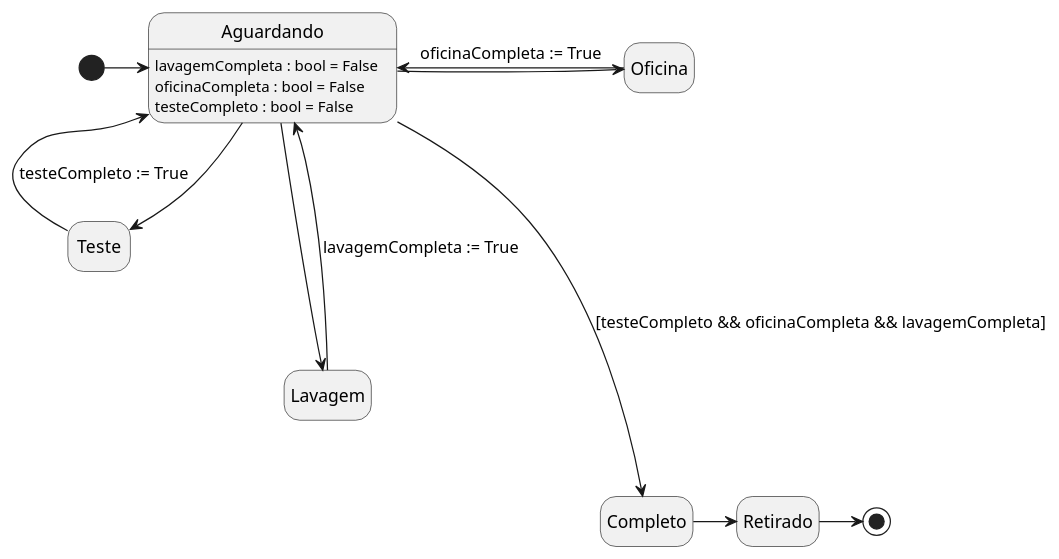
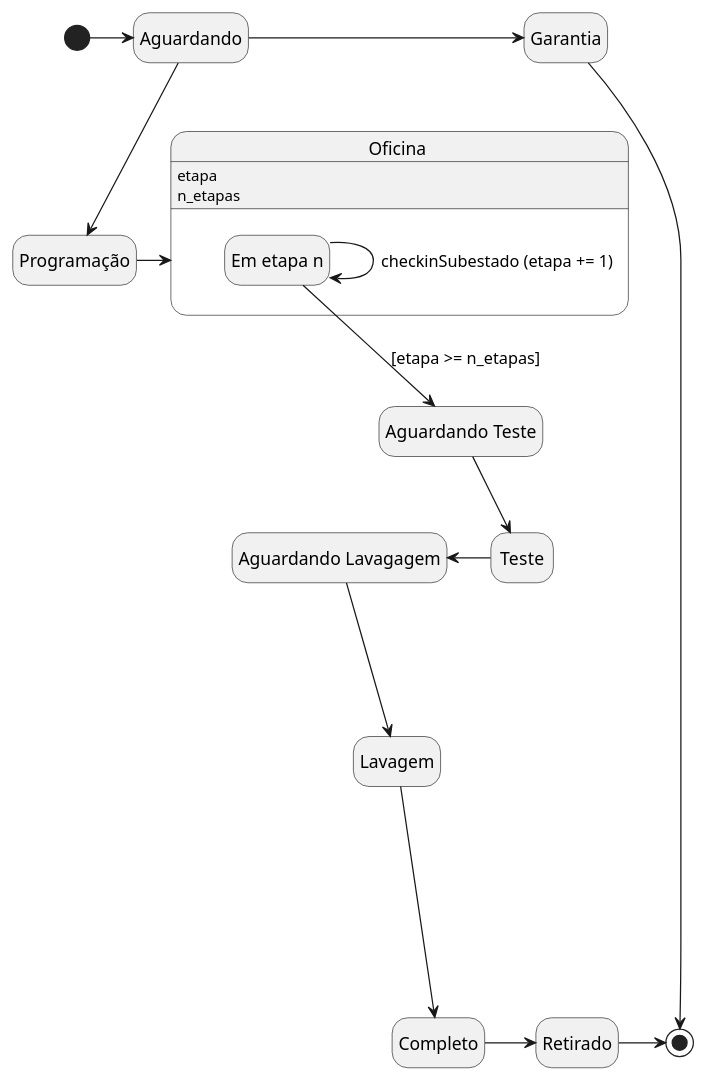
The diagram in uml/states.puml (Thomas-Burrow/rastreador-docs), drawn with PlantUML before and after one commit. The commit also changed 1 other file, not shown here.

Commit message:
Atualize diagramas

```diff
--- a/uml/states.puml
+++ b/uml/states.puml
@@ -1,16 +1,25 @@
 @startuml StateChartRast
 hide empty description
 [*] -> Aguardando
-Aguardando : lavagemCompleta : bool = False
-Aguardando : oficinaCompleta : bool = False
-Aguardando : testeCompleto : bool = False
-Aguardando --> Teste
-Teste -> Aguardando : testeCompleto := True
-Aguardando -> Oficina
-Oficina -> Aguardando : oficinaCompleta := True
-Aguardando ---> Lavagem
-Lavagem -> Aguardando : lavagemCompleta := True
-Aguardando ----> Completo : [testeCompleto && oficinaCompleta && lavagemCompleta]
+state "Programação" as prog
+Aguardando --> prog
+Aguardando -> Garantia
+Garantia -> [*]
+prog -> Oficina
+state "Aguardando Teste" as At
+state "Aguardando Lavagagem" as Al
+state Oficina {
+    state "Em etapa n" as sub
+    sub -> sub : checkinSubestado (etapa += 1)
+    sub --> At : [etapa >= n_etapas]
+
+}
+Oficina : etapa
+Oficina : n_etapas
+At --> Teste
+Teste -> Al
+Al ---> Lavagem
+Lavagem ----> Completo
 Completo -> Retirado
 Retirado -> [*]
 @enduml
```
